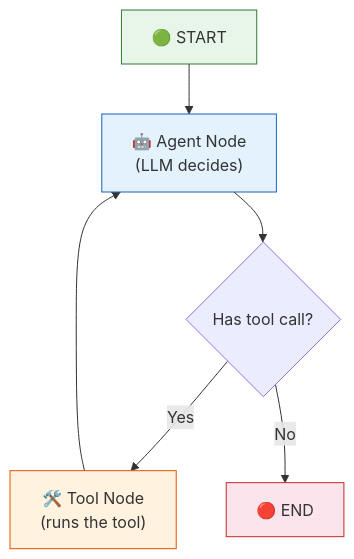
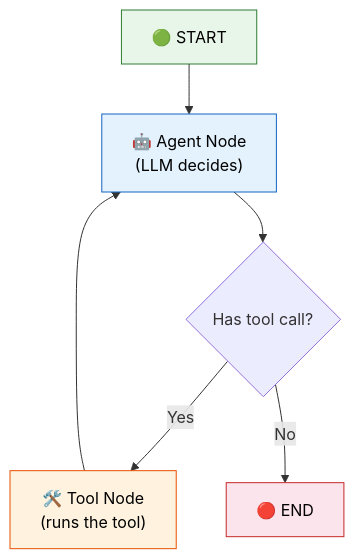
Before and after one commit to remolaan/Agentic-AI-Cookbook: the diagram in 21_langgraph/README.md, drawn with Mermaid. The commit also changed 45 other files, not shown here.

Commit message:
Fix Mermaid diagram text colors for readability across all READMEs

````diff
--- a/21_langgraph/README.md
+++ b/21_langgraph/README.md
@@ -9,13 +9,13 @@
 ```mermaid
 flowchart TD
     S["🟢 START"] --> A["🤖 Agent Node<br/>(LLM decides)"]
     A --> T{"Has tool call?"}
     T -->|"Yes"| TN["🛠️ Tool Node<br/>(runs the tool)"]
     TN --> A
     T -->|"No"| E["🔴 END"]
     
-    style S fill:#e8f5e9,stroke:#2e7d32
-    style E fill:#fce4ec,stroke:#c62828
-    style A fill:#e3f2fd,stroke:#1565c0
-    style TN fill:#fff3e0,stroke:#e65100
+    style S fill:#e8f5e9,stroke:#2e7d32,color:#000000
+    style E fill:#fce4ec,stroke:#c62828,color:#000000
+    style A fill:#e3f2fd,stroke:#1565c0,color:#000000
+    style TN fill:#fff3e0,stroke:#e65100,color:#000000
 ```
````
